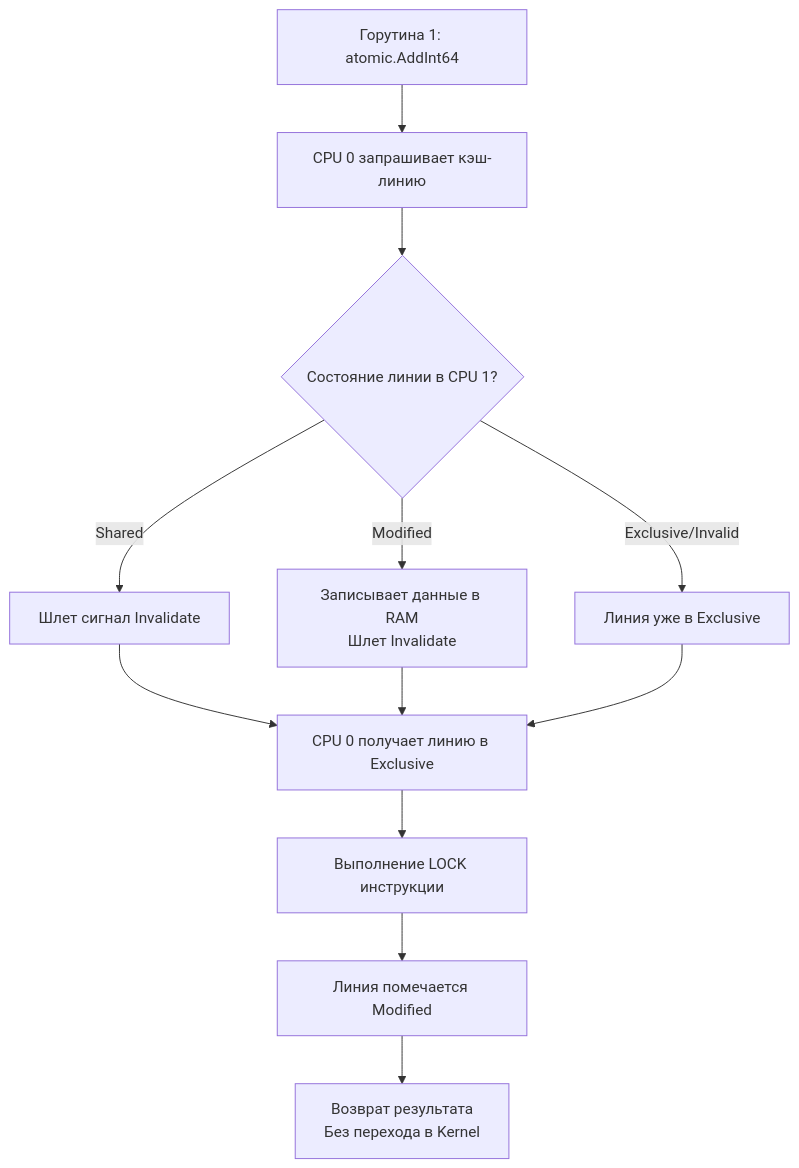
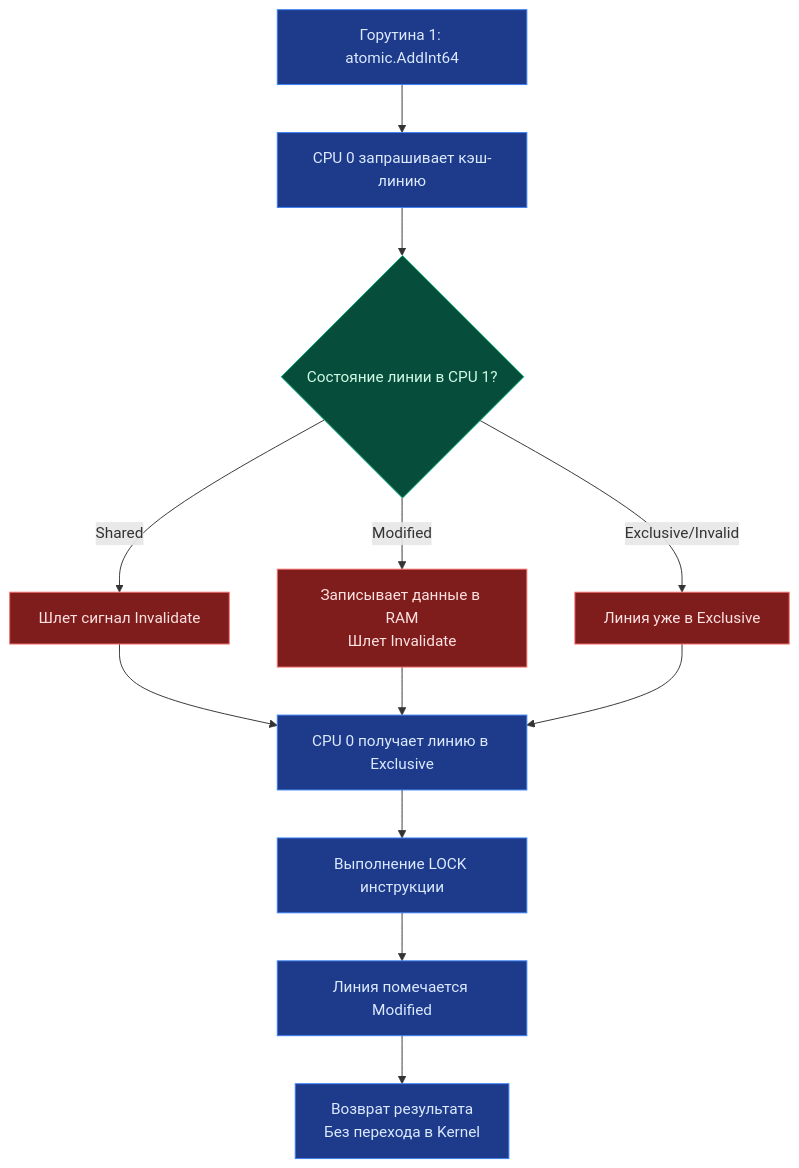
Before and after one commit to UnrealTemplier/go-textbook: the diagram in sources/6. Стандартная библиотека Go/20. sync_atomic. Атомарные операции.md, drawn with Mermaid. The commit also changed other lines of this file, not shown here.

````diff
--- a/sources/6. Стандартная библиотека Go/20. sync_atomic. Атомарные операции.md
+++ b/sources/6. Стандартная библиотека Go/20. sync_atomic. Атомарные операции.md
@@ -16,14 +24,22 @@
 ```mermaid
 flowchart TD
     A["Горутина 1: atomic.AddInt64"] --> B["CPU 0 запрашивает кэш-линию"]
     B --> C{"Состояние линии в CPU 1?"}
     C -->|Shared| D["Шлет сигнал Invalidate"]
     C -->|Modified| E["Записывает данные в RAM<br>Шлет Invalidate"]
     C -->|Exclusive/Invalid| F["Линия уже в Exclusive"]
     D --> G["CPU 0 получает линию в Exclusive"]
     E --> G
     F --> G
     G --> H["Выполнение LOCK инструкции"]
     H --> I["Линия помечается Modified"]
     I --> J["Возврат результата<br>Без перехода в Kernel"]
+
+    classDef proc fill:#1e3a8a,stroke:#3b82f6,color:#dbeafe;
+    classDef check fill:#064e3b,stroke:#10b981,color:#d1fae5;
+    classDef bus fill:#7f1d1d,stroke:#f87171,color:#fee2e2;
+
+    class A,B,G,H,I,J proc;
+    class C check;
+    class D,E,F bus;
 ```
````
